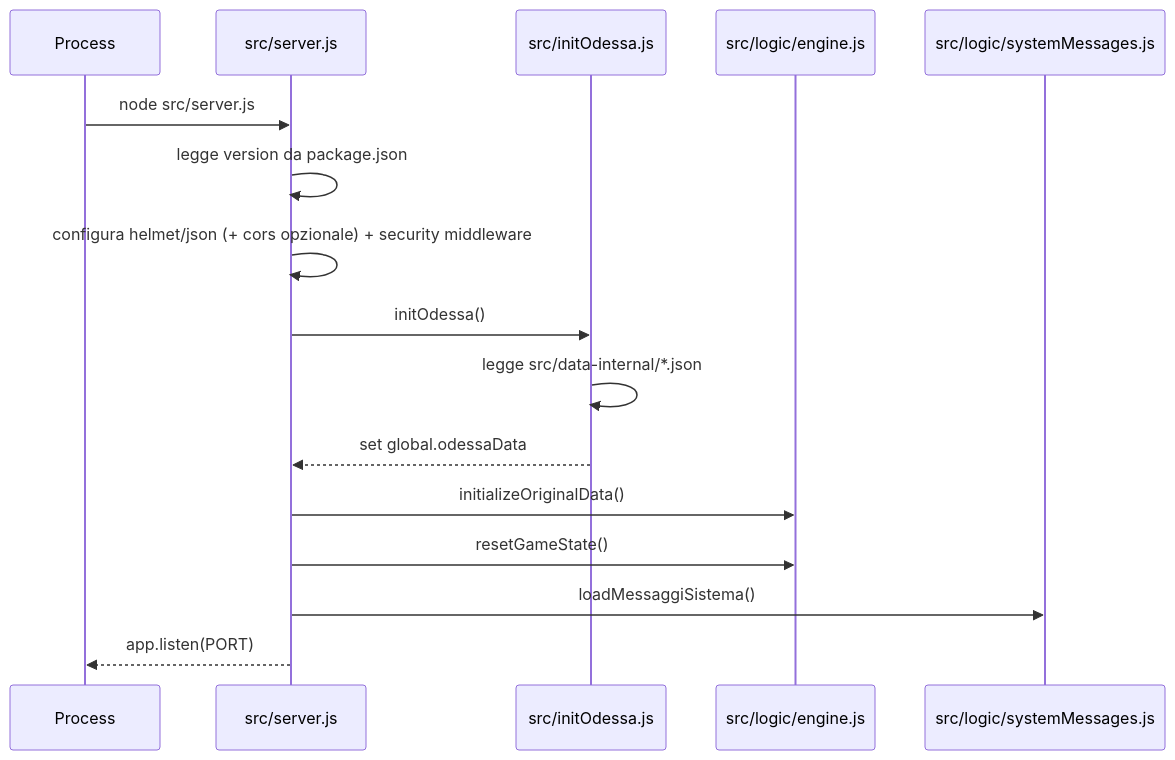
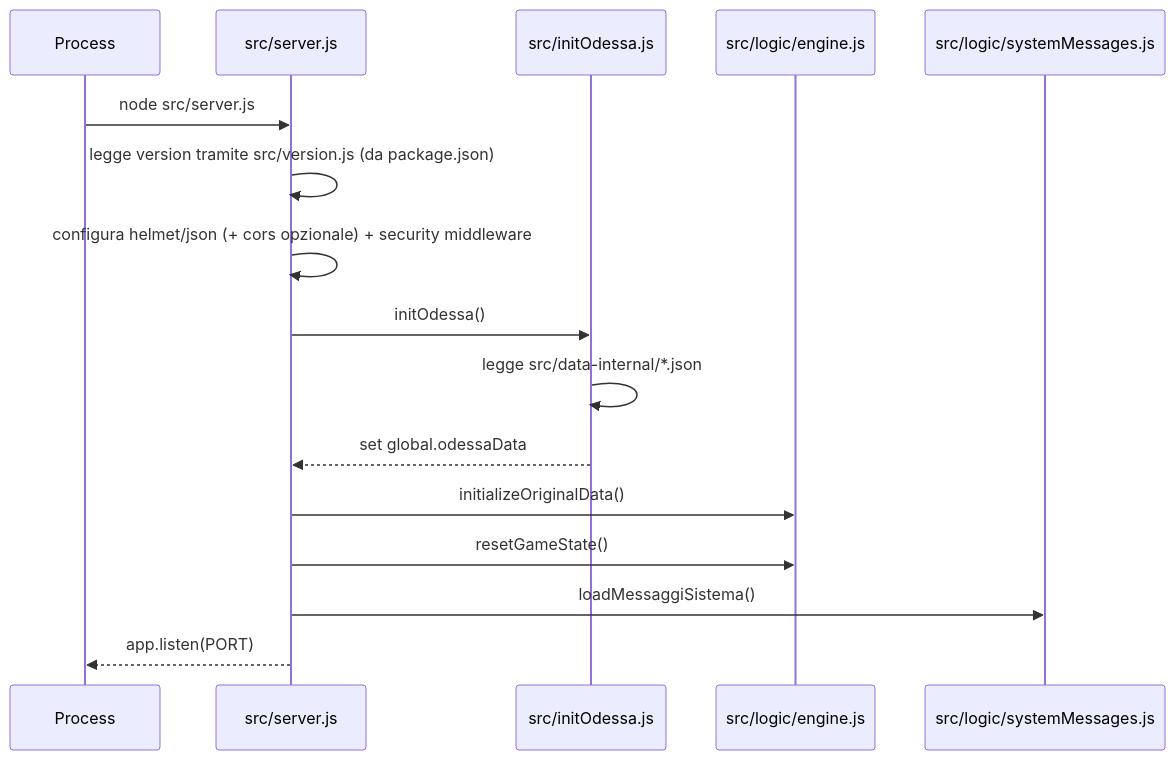
One commit to Aqualung61/MissioneOdessa changed the second of 8 diagrams in docs/20260108_architettura_applicativa_01.md. Above: the diagram before and after it, drawn with Mermaid. The commit also changed other lines of this file and 19 other files, not shown here.

````diff
--- a/docs/20260108_architettura_applicativa_01.md
+++ b/docs/20260108_architettura_applicativa_01.md
@@ -109,19 +109,19 @@
 ```mermaid
 sequenceDiagram
   participant OS as Process
   participant S as src/server.js
   participant L as src/initOdessa.js
   participant E as src/logic/engine.js
   participant M as src/logic/systemMessages.js
 
   OS->>S: node src/server.js
-  S->>S: legge version da package.json
+  S->>S: legge version tramite src/version.js (da package.json)
   S->>S: configura helmet/json (+ cors opzionale) + security middleware
   S->>L: initOdessa()
   L->>L: legge src/data-internal/*.json
   L-->>S: set global.odessaData
   S->>E: initializeOriginalData()
   S->>E: resetGameState()
   S->>M: loadMessaggiSistema()
   S-->>OS: app.listen(PORT)
 ```
````
